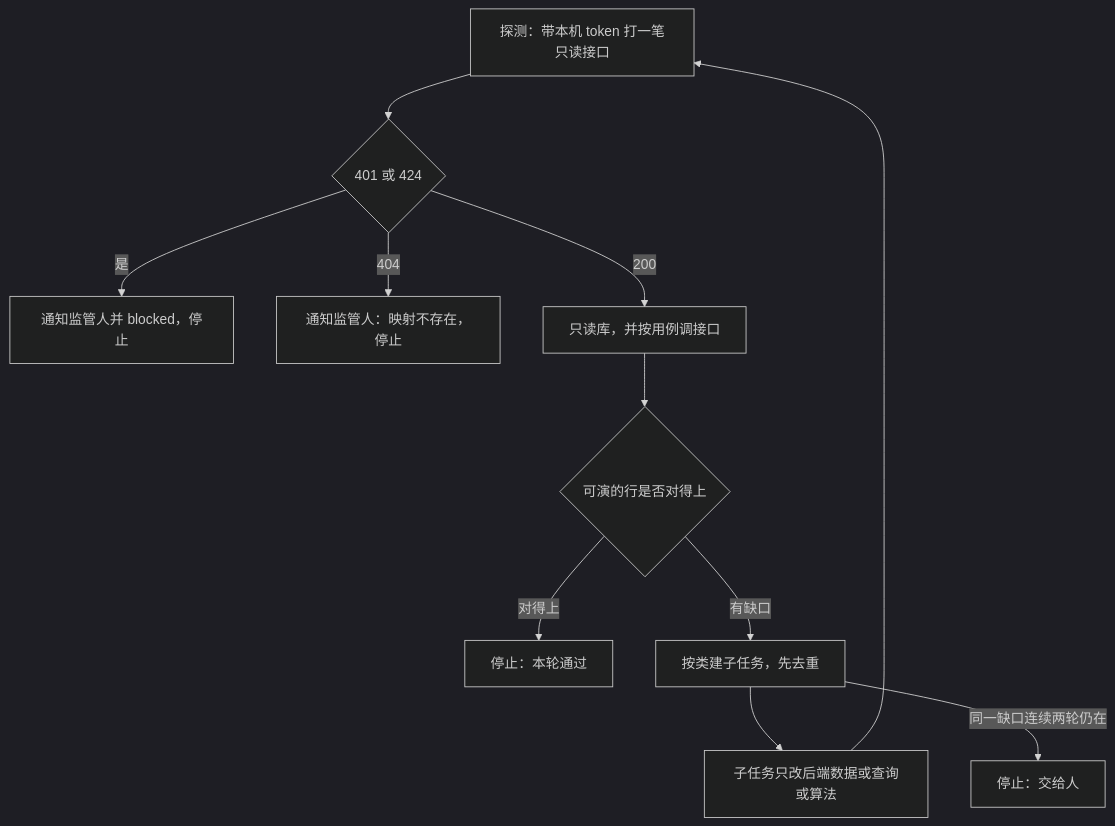
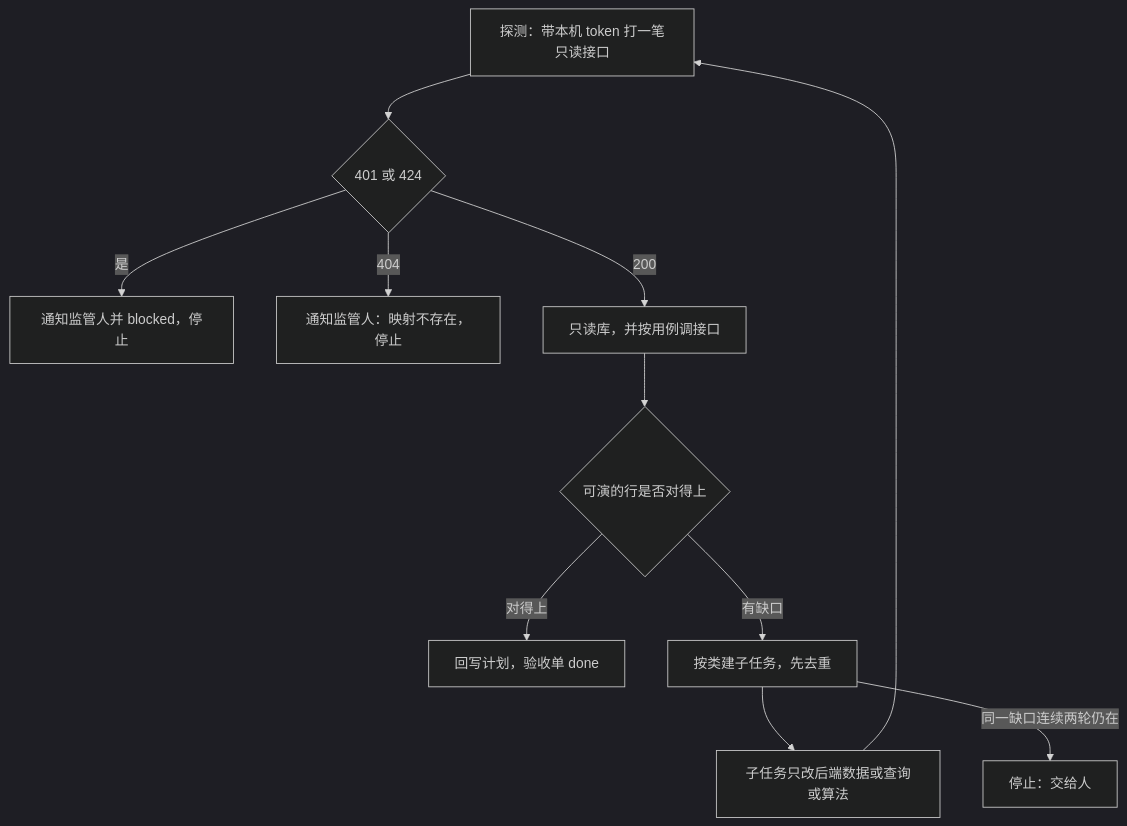
The second of 2 diagrams in agent-delivery/产品实现规程.md (Marisolebxf/-), drawn with Mermaid (dark theme) before and after one commit. The commit also changed other lines of this file and 12 other files, not shown here.

````diff
--- a/agent-delivery/产品实现规程.md
+++ b/agent-delivery/产品实现规程.md
@@ -381,13 +384,13 @@
 ```mermaid
 flowchart TD
   P[探测：带本机 token 打一笔只读接口] --> Q{401 或 424}
   Q -->|是| N[通知监管人并 blocked，停止]
   Q -->|404| M[通知监管人：映射不存在，停止]
   Q -->|200| A[只读库，并按用例调接口]
   A --> B{可演的行是否对得上}
-  B -->|对得上| Z[停止：本轮通过]
+  B -->|对得上| Z[回写计划，验收单 done]
   B -->|有缺口| C[按类建子任务，先去重]
   C --> D[子任务只改后端数据或查询或算法]
   D --> P
   C -->|同一缺口连续两轮仍在| H[停止：交给人]
 ```
````
